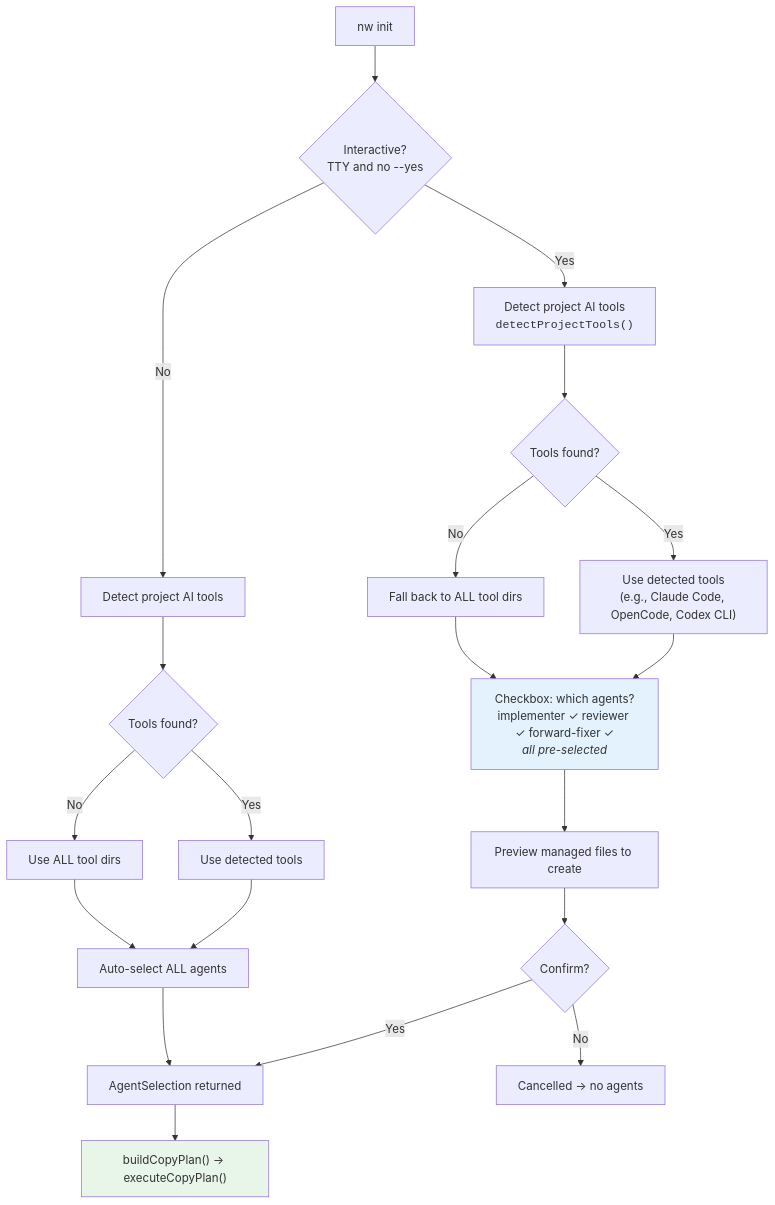
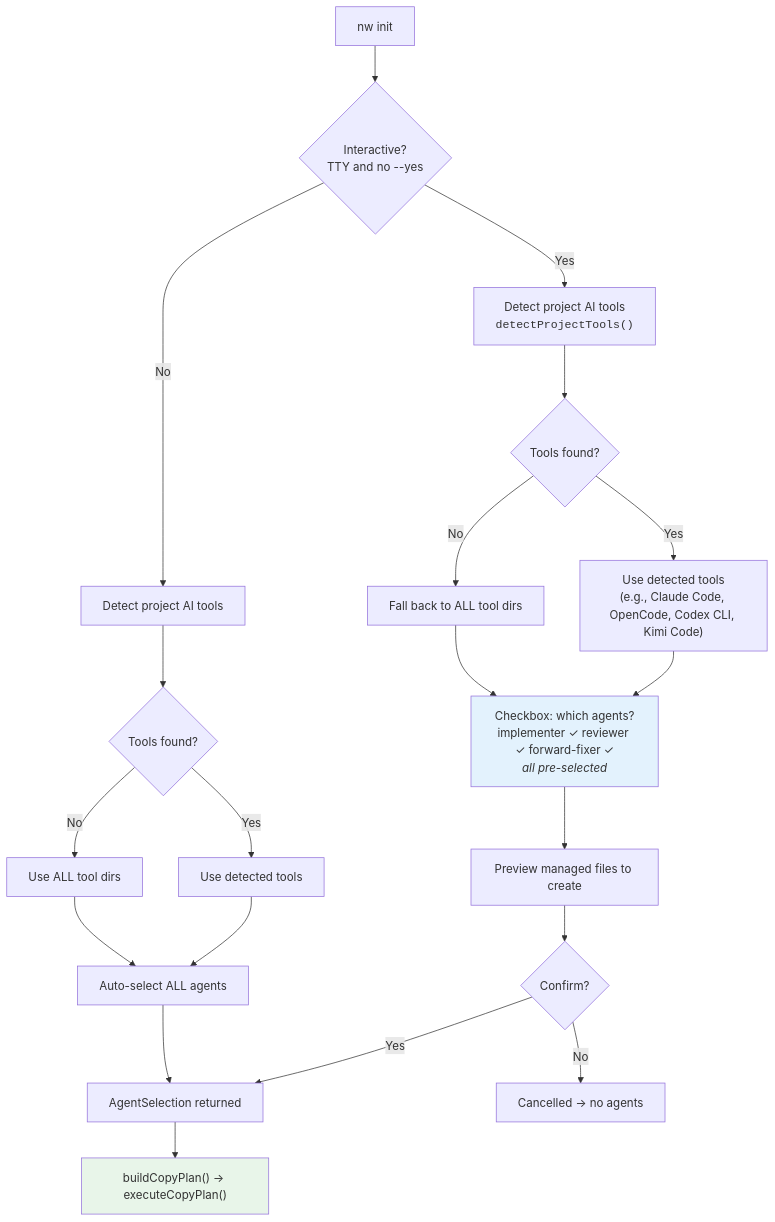
One commit to roblambell/ninthwave changed the fourth of 4 diagrams in docs/onboarding.md. Above: the diagram before and after it, drawn with Mermaid. The commit also changed other lines of this file and 5 other files, not shown here.

Commit message:
docs: add Kimi Code to all supported tool references and fix PR description

````diff
--- a/docs/onboarding.md
+++ b/docs/onboarding.md
@@ -148,26 +148,26 @@
 ```mermaid
 flowchart TD
     A["nw init"] --> B{Interactive?<br/>TTY and no --yes}
 
     B -->|Yes| C["Detect project AI tools<br/><code>detectProjectTools()</code>"]
     C --> D{Tools found?}
-    D -->|Yes| E["Use detected tools<br/>(e.g., Claude Code, OpenCode, Codex CLI)"]
+    D -->|Yes| E["Use detected tools<br/>(e.g., Claude Code, OpenCode, Codex CLI, Kimi Code)"]
     D -->|No| F["Fall back to ALL tool dirs"]
     E & F --> G["Checkbox: which agents?<br/>implementer ✓ reviewer ✓ forward-fixer ✓<br/><i>all pre-selected</i>"]
     G --> H["Preview managed files to create"]
     H --> I{Confirm?}
     I -->|Yes| J["AgentSelection returned"]
     I -->|No| K["Cancelled → no agents"]
 
     B -->|No| L["Detect project AI tools"]
     L --> M{Tools found?}
     M -->|Yes| N["Use detected tools"]
     M -->|No| O["Use ALL tool dirs"]
     N & O --> P["Auto-select ALL agents"]
     P --> J
 
     J --> Q["buildCopyPlan() → executeCopyPlan()"]
 
     style G fill:#e3f2fd
     style Q fill:#e8f5e9
 ```
````
